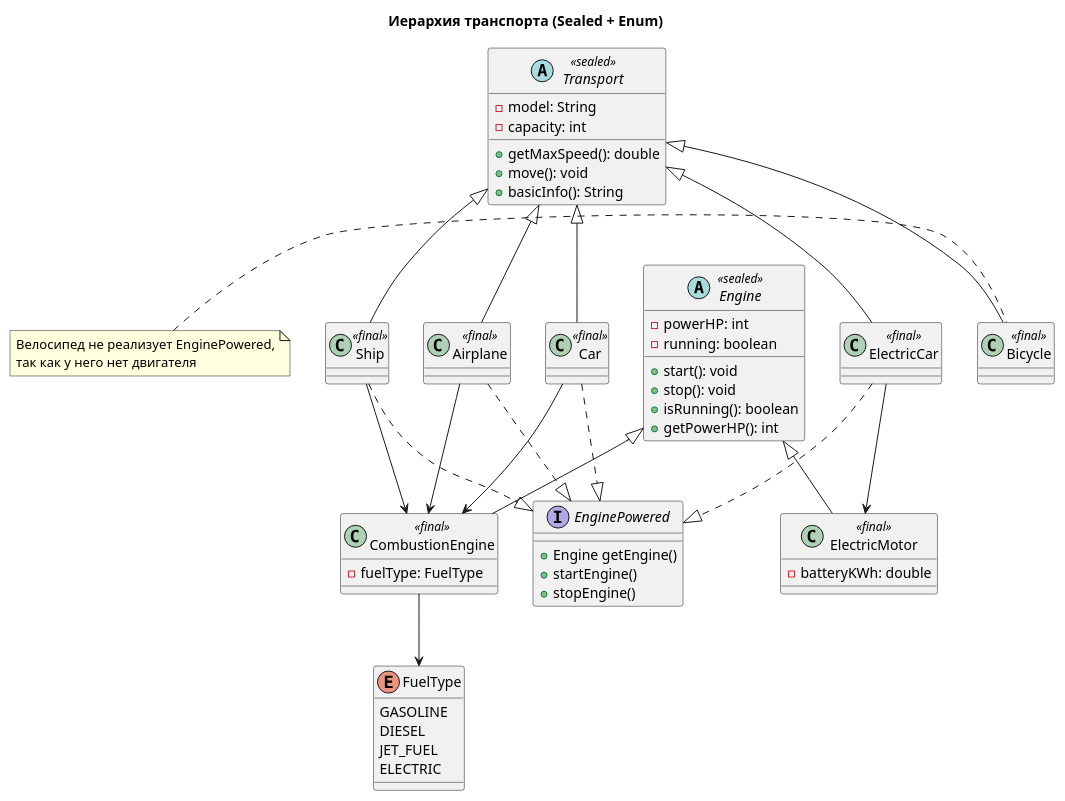
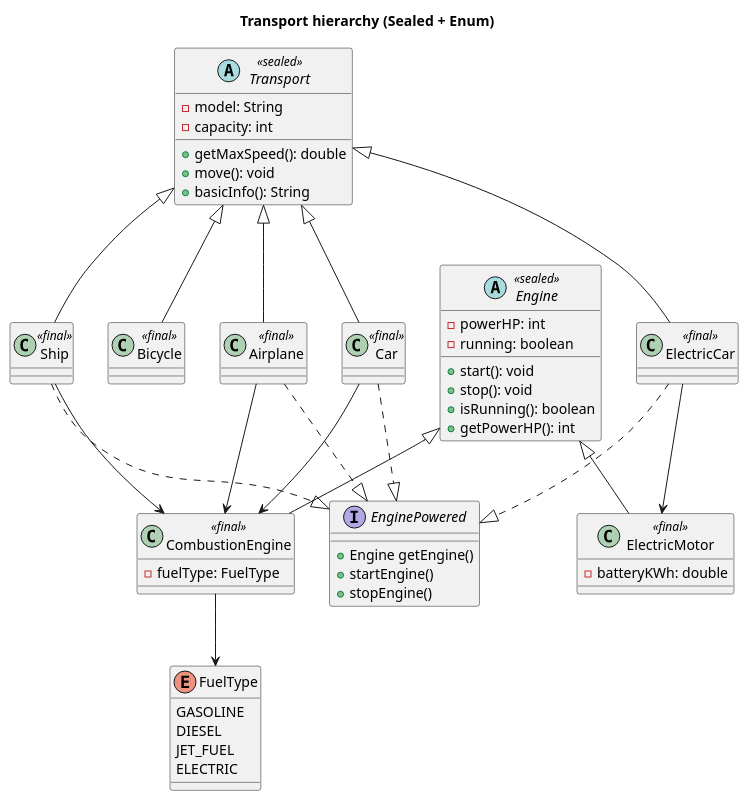
The diagram in 1.2 Системы контроля версий. Продвинутое ООП/transport_uml.puml (qvazae/Learn_JavaBackendDeveloper), drawn with PlantUML before and after one commit.

Commit message:
Внесены небольшие изменения

```diff
--- a/1.2 Системы контроля версий. Продвинутое ООП/transport_uml.puml
+++ b/1.2 Системы контроля версий. Продвинутое ООП/transport_uml.puml
@@ -1,73 +1,68 @@
 @startuml
-title Иерархия транспорта (Sealed + Enum)
+title Transport hierarchy (Sealed + Enum)
 
 interface EnginePowered {
   +Engine getEngine()
   +startEngine()
   +stopEngine()
 }
 
 enum FuelType {
   GASOLINE
   DIESEL
   JET_FUEL
   ELECTRIC
 }
 
 abstract class Transport <<sealed>> {
   - model: String
   - capacity: int
   + getMaxSpeed(): double
   + move(): void
   + basicInfo(): String
 }
 
 abstract class Engine <<sealed>> {
   - powerHP: int
   - running: boolean
   + start(): void
   + stop(): void
   + isRunning(): boolean
   + getPowerHP(): int
 }
 
 class CombustionEngine <<final>> {
   - fuelType: FuelType
 }
 
 class ElectricMotor <<final>> {
   - batteryKWh: double
 }
 
 class Car <<final>>
 class ElectricCar <<final>>
 class Airplane <<final>>
 class Ship <<final>>
 class Bicycle <<final>>
 
 Transport <|-- Car
 Transport <|-- ElectricCar
 Transport <|-- Airplane
 Transport <|-- Ship
 Transport <|-- Bicycle
 
 Engine <|-- CombustionEngine
 Engine <|-- ElectricMotor
 
 CombustionEngine --> FuelType
 Car ..|> EnginePowered
 ElectricCar ..|> EnginePowered
 Airplane ..|> EnginePowered
 Ship ..|> EnginePowered
 
 Car --> CombustionEngine
 ElectricCar --> ElectricMotor
 Airplane --> CombustionEngine
 Ship --> CombustionEngine
 
-note left of Bicycle
-  Велосипед не реализует EnginePowered,
-  так как у него нет двигателя
-end note
-
 @enduml
```
